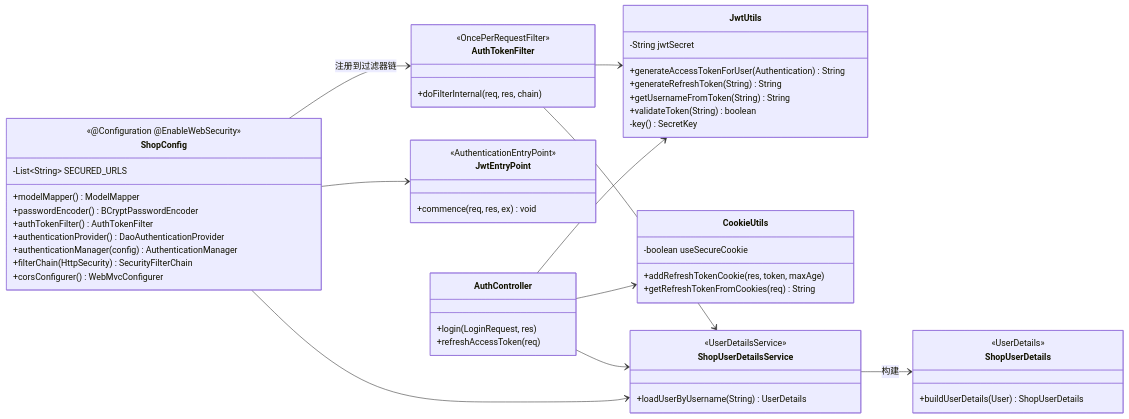
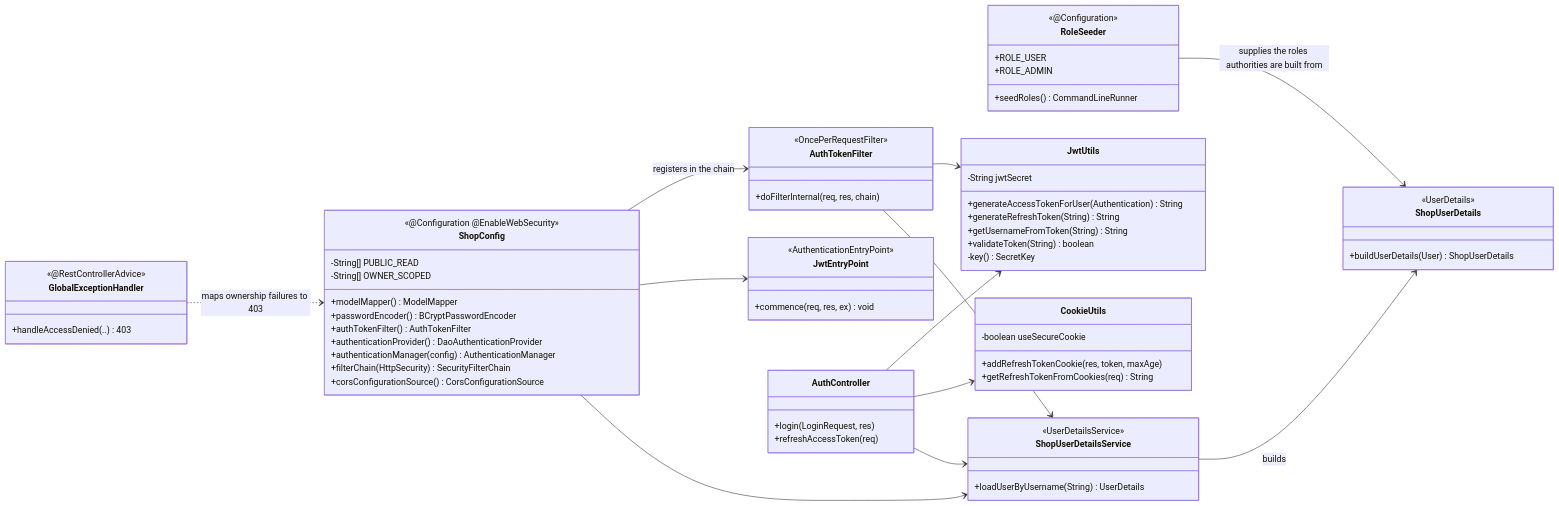
One commit to Chuan-Qiu/buynowdotcom changed diagram 19 of 24 in DESIGN.md. Above: the diagram before and after it, drawn with Mermaid. The commit also changed other lines of this file and 26 other files, not shown here.

````diff
--- a/DESIGN.md
+++ b/DESIGN.md
@@ -1156,59 +1179,72 @@
 ```mermaid
 classDiagram
     direction LR
 
     class ShopConfig {
         <<@Configuration @EnableWebSecurity>>
-        -List~String~ SECURED_URLS
+        -String[] PUBLIC_READ
+        -String[] OWNER_SCOPED
         +modelMapper() ModelMapper
         +passwordEncoder() BCryptPasswordEncoder
         +authTokenFilter() AuthTokenFilter
         +authenticationProvider() DaoAuthenticationProvider
         +authenticationManager(config) AuthenticationManager
         +filterChain(HttpSecurity) SecurityFilterChain
-        +corsConfigurer() WebMvcConfigurer
+        +corsConfigurationSource() CorsConfigurationSource
+    }
+    class RoleSeeder {
+        <<@Configuration>>
+        +ROLE_USER
+        +ROLE_ADMIN
+        +seedRoles() CommandLineRunner
     }
     class AuthTokenFilter {
         <<OncePerRequestFilter>>
         +doFilterInternal(req, res, chain)
     }
     class JwtUtils {
         -String jwtSecret
         +generateAccessTokenForUser(Authentication) String
         +generateRefreshToken(String) String
         +getUsernameFromToken(String) String
         +validateToken(String) boolean
         -key() SecretKey
     }
     class JwtEntryPoint {
         <<AuthenticationEntryPoint>>
         +commence(req, res, ex) void
     }
     class ShopUserDetailsService {
         <<UserDetailsService>>
         +loadUserByUsername(String) UserDetails
     }
     class ShopUserDetails {
         <<UserDetails>>
         +buildUserDetails(User) ShopUserDetails
     }
     class CookieUtils {
         -boolean useSecureCookie
         +addRefreshTokenCookie(res, token, maxAge)
         +getRefreshTokenFromCookies(req) String
     }
     class AuthController {
         +login(LoginRequest, res)
         +refreshAccessToken(req)
     }
+    class GlobalExceptionHandler {
+        <<@RestControllerAdvice>>
+        +handleAccessDenied(..) 403
+    }
 
-    ShopConfig --> AuthTokenFilter : 注册到过滤器链
+    ShopConfig --> AuthTokenFilter : registers in the chain
     ShopConfig --> JwtEntryPoint
     ShopConfig --> ShopUserDetailsService
+    RoleSeeder --> ShopUserDetails : supplies the roles authorities are built from
     AuthTokenFilter --> JwtUtils
     AuthTokenFilter --> ShopUserDetailsService
-    ShopUserDetailsService --> ShopUserDetails : 构建
+    ShopUserDetailsService --> ShopUserDetails : builds
     AuthController --> JwtUtils
     AuthController --> CookieUtils
     AuthController --> ShopUserDetailsService
+    GlobalExceptionHandler ..> ShopConfig : maps ownership failures to 403
 ```
````
